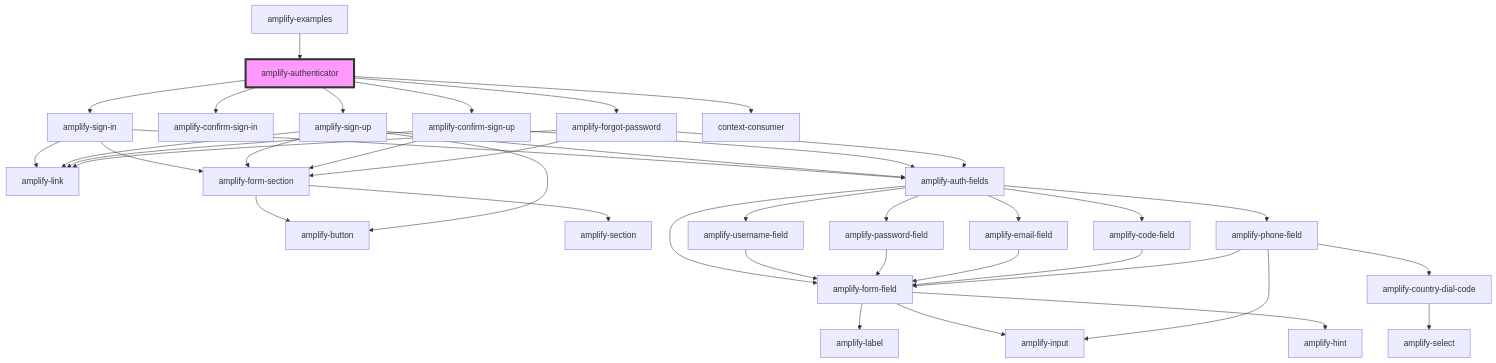
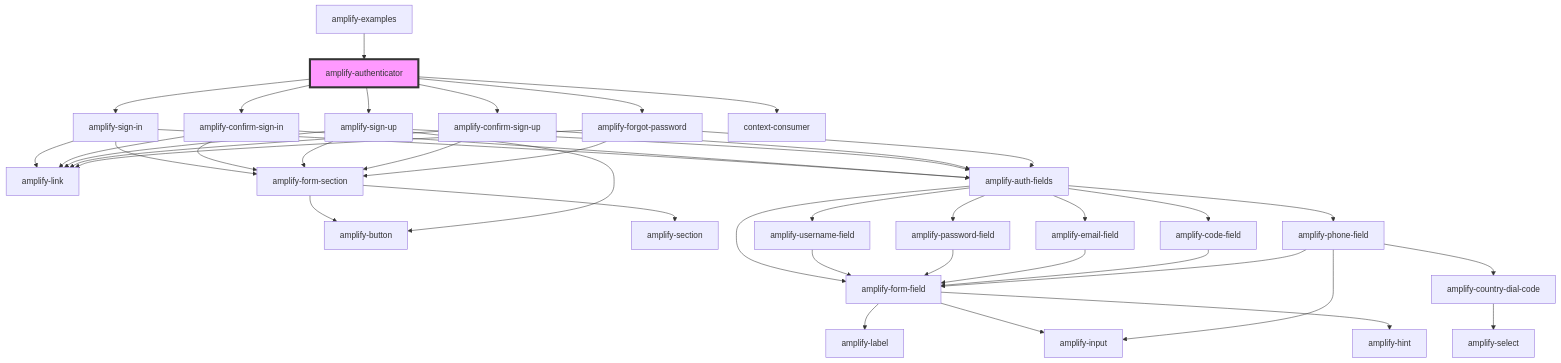
One commit to aws-amplify/amplify-js changed the diagram in packages/amplify-ui-components/src/components/amplify-authenticator/readme.md. Above: the diagram before and after it, drawn with Mermaid. The commit also changed 6 other files, not shown here.

````diff
--- a/packages/amplify-ui-components/src/components/amplify-authenticator/readme.md
+++ b/packages/amplify-ui-components/src/components/amplify-authenticator/readme.md
@@ -31,43 +31,46 @@
 ```mermaid
 graph TD;
   amplify-authenticator --> amplify-sign-in
   amplify-authenticator --> amplify-confirm-sign-in
   amplify-authenticator --> amplify-sign-up
   amplify-authenticator --> amplify-confirm-sign-up
   amplify-authenticator --> amplify-forgot-password
   amplify-authenticator --> context-consumer
   amplify-sign-in --> amplify-link
   amplify-sign-in --> amplify-form-section
   amplify-sign-in --> amplify-auth-fields
   amplify-form-section --> amplify-button
   amplify-form-section --> amplify-section
   amplify-auth-fields --> amplify-username-field
   amplify-auth-fields --> amplify-password-field
   amplify-auth-fields --> amplify-email-field
   amplify-auth-fields --> amplify-code-field
   amplify-auth-fields --> amplify-phone-field
   amplify-auth-fields --> amplify-form-field
   amplify-username-field --> amplify-form-field
   amplify-form-field --> amplify-label
   amplify-form-field --> amplify-input
   amplify-form-field --> amplify-hint
   amplify-password-field --> amplify-form-field
   amplify-email-field --> amplify-form-field
   amplify-code-field --> amplify-form-field
   amplify-phone-field --> amplify-form-field
   amplify-phone-field --> amplify-country-dial-code
   amplify-phone-field --> amplify-input
   amplify-country-dial-code --> amplify-select
+  amplify-confirm-sign-in --> amplify-form-section
+  amplify-confirm-sign-in --> amplify-link
+  amplify-confirm-sign-in --> amplify-auth-fields
   amplify-sign-up --> amplify-form-section
   amplify-sign-up --> amplify-auth-fields
   amplify-sign-up --> amplify-link
   amplify-sign-up --> amplify-button
   amplify-confirm-sign-up --> amplify-link
   amplify-confirm-sign-up --> amplify-form-section
   amplify-confirm-sign-up --> amplify-auth-fields
   amplify-forgot-password --> amplify-form-section
   amplify-forgot-password --> amplify-link
   amplify-forgot-password --> amplify-auth-fields
   amplify-examples --> amplify-authenticator
   style amplify-authenticator fill:#f9f,stroke:#333,stroke-width:4px
 ```
````
